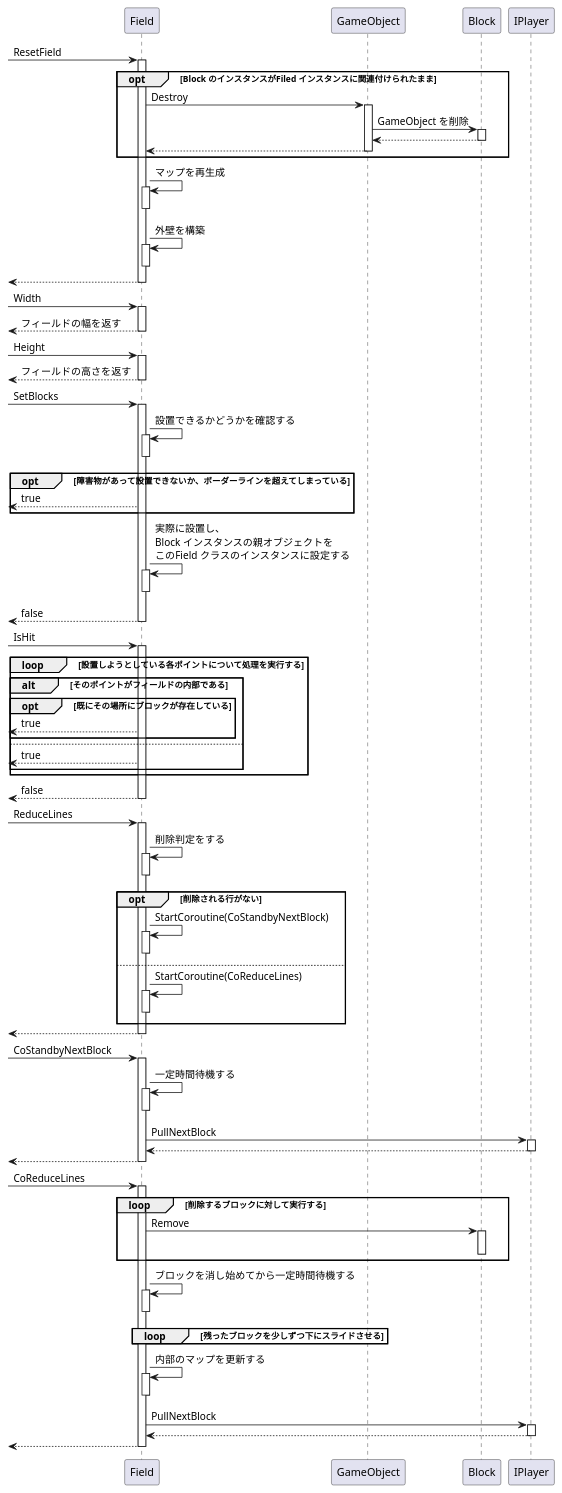
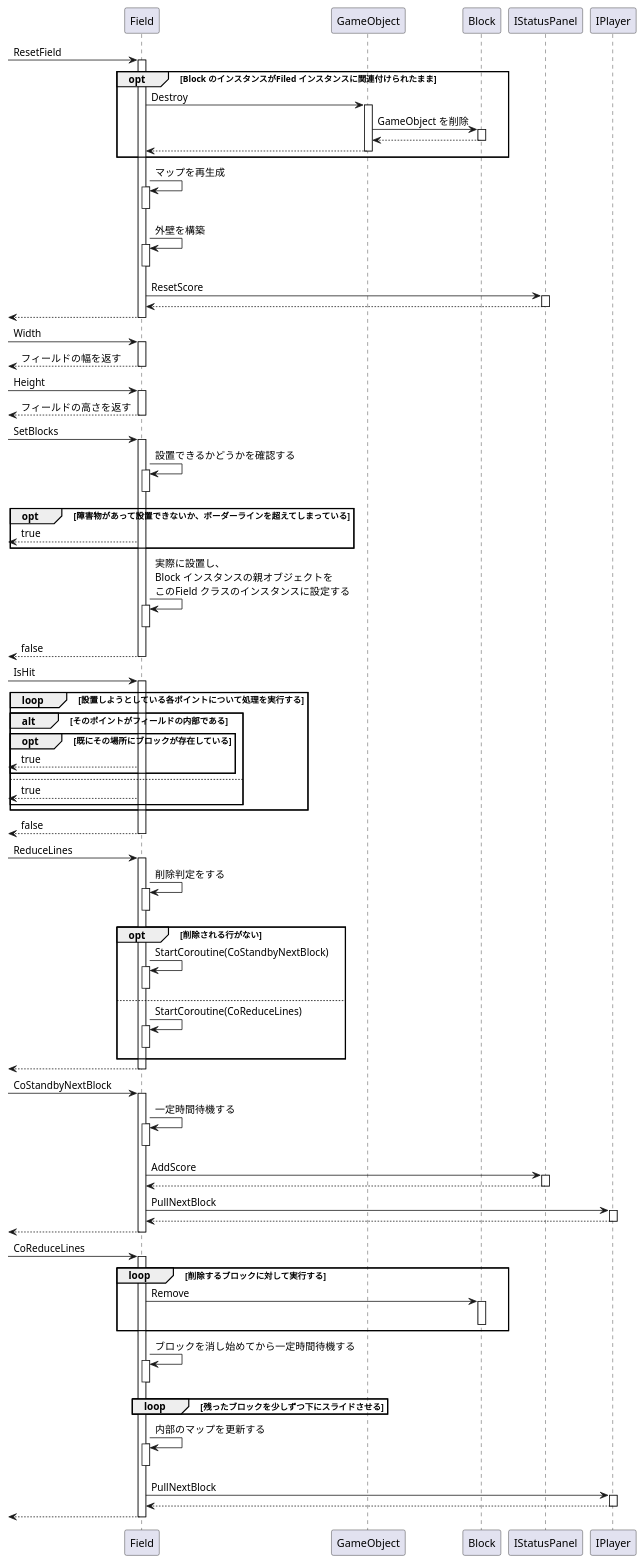
One commit to azarashin/UnityTetris changed the diagram in Documents/PlantUML/SQD_Field.pu. Above: the diagram before and after it, drawn with PlantUML. The commit also changed 16 other files, not shown here.

```diff
--- a/Documents/PlantUML/SQD_Field.pu
+++ b/Documents/PlantUML/SQD_Field.pu
@@ -1,115 +1,123 @@
 @startuml
 
 [-> Field : ResetField
 activate Field
     opt Block のインスタンスがFiled インスタンスに関連付けられたまま
-    Field -> GameObject : Destroy
-    activate GameObject
-        GameObject -> Block : GameObject を削除
-        activate Block
-            GameObject <-- Block
-        deactivate Block
-        Field <-- GameObject
-    deactivate GameObject
+        Field -> GameObject : Destroy
+        activate GameObject
+            GameObject -> Block : GameObject を削除
+            activate Block
+                GameObject <-- Block
+            deactivate Block
+            Field <-- GameObject
+        deactivate GameObject
     end
     Field -> Field : マップを再生成
     activate Field
     deactivate Field
     Field -> Field : 外壁を構築
     activate Field
     deactivate Field
+    Field -> IStatusPanel : ResetScore
+    activate IStatusPanel
+        Field <-- IStatusPanel
+    deactivate IStatusPanel
     [<-- Field
 deactivate Field
 
 [-> Field : Width
 activate Field
     [<-- Field : フィールドの幅を返す
 deactivate Field
 
 [-> Field : Height
 activate Field
     [<-- Field : フィールドの高さを返す
 deactivate Field
 
 [-> Field : SetBlocks
 activate Field
     Field -> Field : 設置できるかどうかを確認する
     activate Field
     deactivate Field
     opt 障害物があって設置できないか、ボーダーラインを超えてしまっている
         [<-- Field : true
     end
     Field -> Field : 実際に設置し、\nBlock インスタンスの親オブジェクトを\nこのField クラスのインスタンスに設定する
     activate Field
     deactivate Field
 
     [<-- Field : false
 deactivate Field
 
 [-> Field : IsHit
 activate Field
     loop 設置しようとしている各ポイントについて処理を実行する
         alt そのポイントがフィールドの内部である
             opt 既にその場所にブロックが存在している
                 [<-- Field : true
             end
         else
             [<-- Field : true
         end
     end
     [<-- Field : false
 deactivate Field
 
 [-> Field : ReduceLines
 activate Field
     Field -> Field : 削除判定をする
     activate Field
     deactivate Field
     opt 削除される行がない
         Field -> Field : StartCoroutine(CoStandbyNextBlock)
             activate Field
             deactivate Field
     else
         Field -> Field : StartCoroutine(CoReduceLines)
             activate Field
             deactivate Field
     end
 
     [<-- Field
 deactivate Field
 
 [-> Field : CoStandbyNextBlock
 activate Field
     Field -> Field : 一定時間待機する
     activate Field
     deactivate Field
+    Field -> IStatusPanel : AddScore
+    activate IStatusPanel
+        Field <-- IStatusPanel
+    deactivate IStatusPanel
     Field -> IPlayer : PullNextBlock
     activate IPlayer
         Field <-- IPlayer
     deactivate IPlayer
     [<-- Field
 deactivate Field
 
 [-> Field : CoReduceLines
 activate Field
     loop 削除するブロックに対して実行する
         Field -> Block : Remove
         activate Block
         deactivate Block
     end
     Field -> Field : ブロックを消し始めてから一定時間待機する
     activate Field
     deactivate Field
     loop 残ったブロックを少しずつ下にスライドさせる
     end
     Field -> Field : 内部のマップを更新する
     activate Field
     deactivate Field
     Field -> IPlayer : PullNextBlock
     activate IPlayer
         Field <-- IPlayer
     deactivate IPlayer
     [<-- Field
 deactivate Field
 
 @enduml
```
